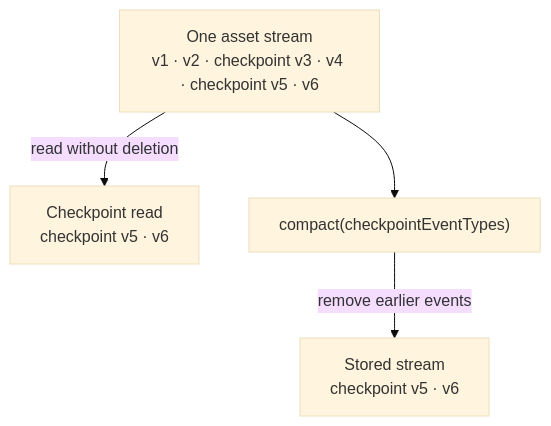
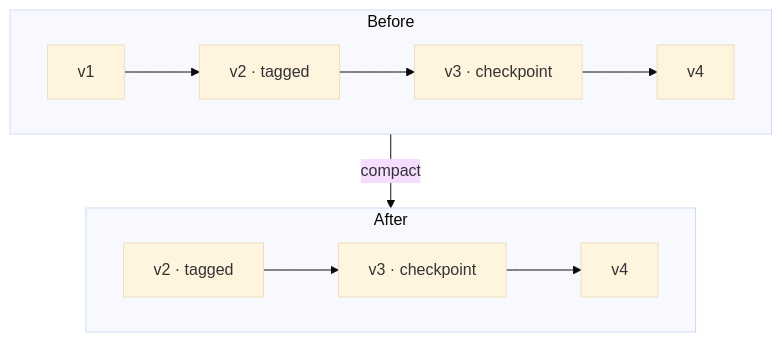
One commit to JollyPixel/editor changed the third of 4 diagrams in packages/event-store/ARCHITECTURE.md. Above: the diagram before and after it, drawn with Mermaid (base theme). The commit also changed other lines of this file and 53 other files, not shown here.

````diff
--- a/packages/event-store/ARCHITECTURE.md
+++ b/packages/event-store/ARCHITECTURE.md
@@ -110,11 +48,12 @@
 ```mermaid
 flowchart TB
-    Before["One asset stream<br/>v1 · v2 · checkpoint v3 · v4 · checkpoint v5 · v6"]
-    Read["Checkpoint read<br/>checkpoint v5 · v6"]
-    Compact["compact(checkpointEventTypes)"]
-    After["Stored stream<br/>checkpoint v5 · v6"]
-
-    Before -->|"read without deletion"| Read
-    Before --> Compact
-    Compact -->|"remove earlier events"| After
+    subgraph Before["Before"]
+        direction LR
+        B1["v1"] --> B2["v2 · tagged"] --> B3["v3 · checkpoint"] --> B4["v4"]
+    end
+    subgraph After["After"]
+        direction LR
+        A2["v2 · tagged"] --> A3["v3 · checkpoint"] --> A4["v4"]
+    end
+    Before -->|"compact"| After
 ```
````
